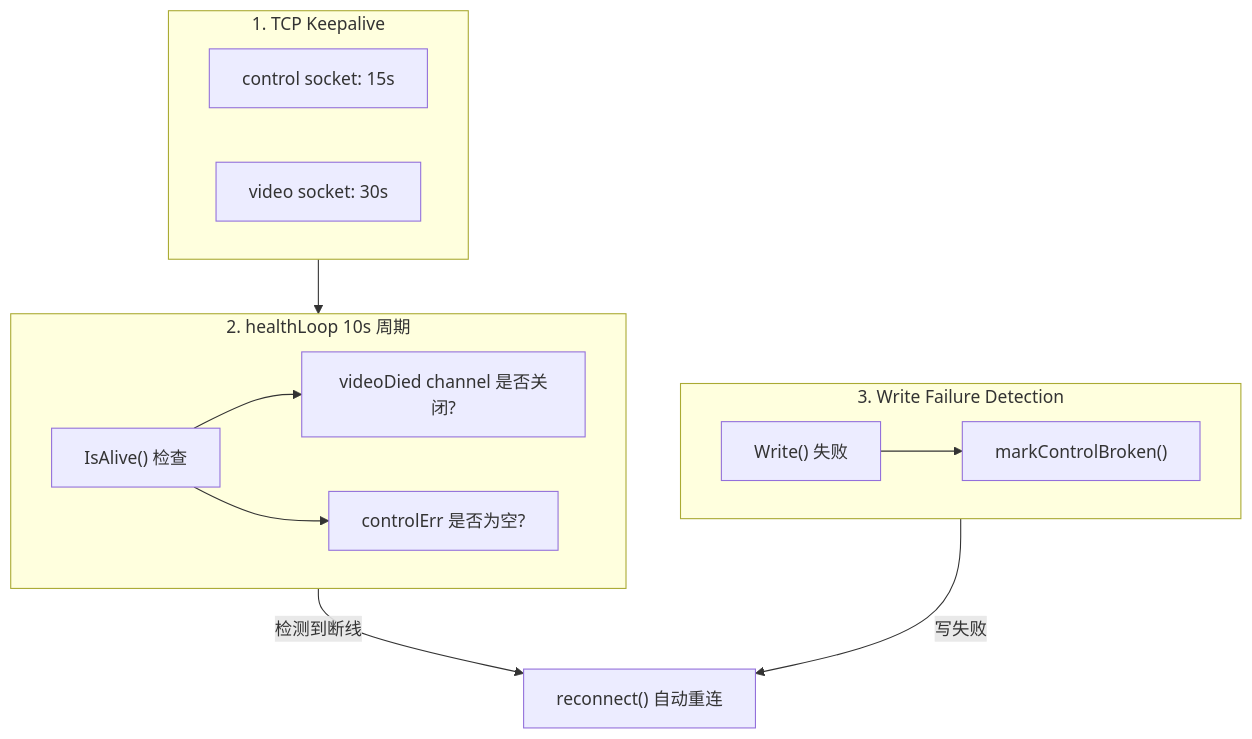
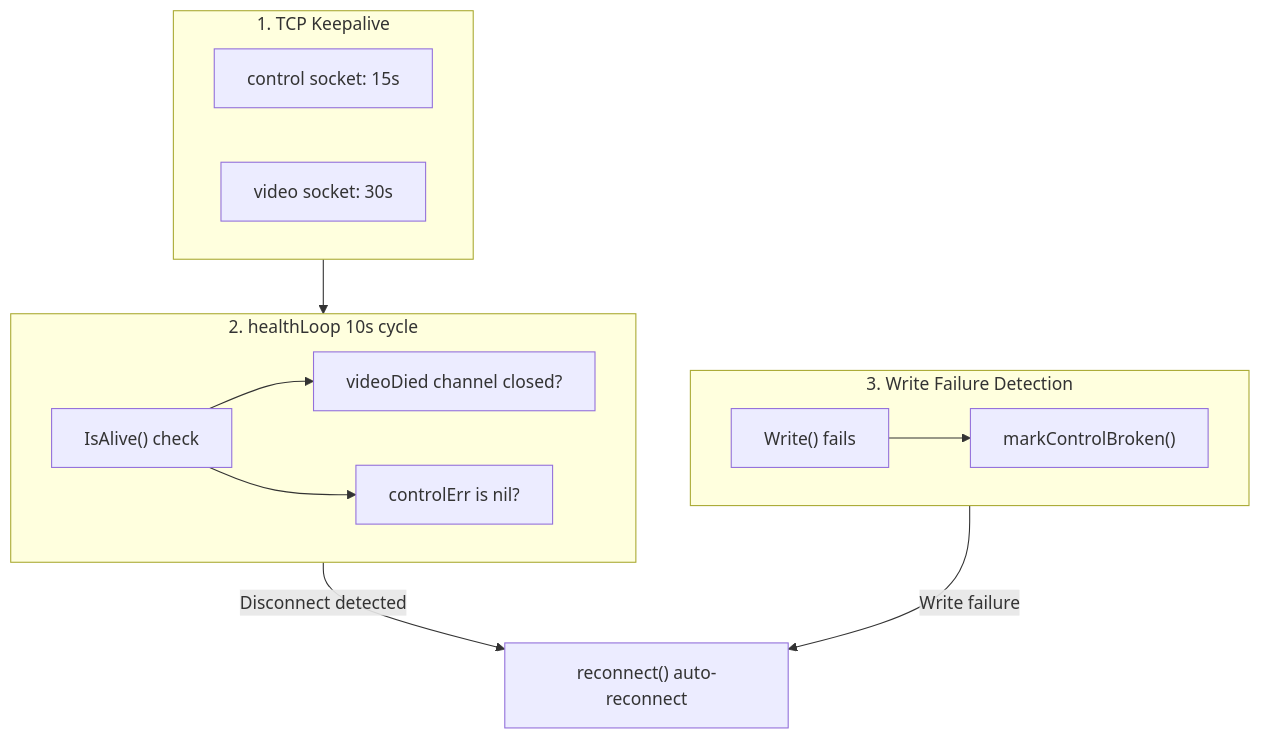
Before and after one commit to gezihua123/phonefast: the ninth of 10 diagrams in docs/phonefast.md, drawn with Mermaid. The commit also changed other lines of this file and 11 other files, not shown here.

````diff
--- a/docs/phonefast.md
+++ b/docs/phonefast.md
@@ -300,25 +305,25 @@
 ```mermaid
 flowchart TD
     subgraph L1["1. TCP Keepalive"]
         CK["control socket: 15s"]
         VK["video socket: 30s"]
     end
 
-    subgraph L2["2. healthLoop 10s 周期"]
-        ALIVE["IsAlive() 检查"]
-        VD["videoDied channel 是否关闭?"]
-        CE["controlErr 是否为空?"]
+    subgraph L2["2. healthLoop 10s cycle"]
+        ALIVE["IsAlive() check"]
+        VD["videoDied channel closed?"]
+        CE["controlErr is nil?"]
         ALIVE --> VD
         ALIVE --> CE
     end
 
     subgraph L3["3. Write Failure Detection"]
-        WF["Write() 失败"]
+        WF["Write() fails"]
         MCB["markControlBroken()"]
         WF --> MCB
     end
 
     L1 --> L2
-    L2 -->|"检测到断线"| RECONNECT["reconnect() 自动重连"]
-    L3 -->|"写失败"| RECONNECT
+    L2 -->|"Disconnect detected"| RECONNECT["reconnect() auto-reconnect"]
+    L3 -->|"Write failure"| RECONNECT
 ```
````
